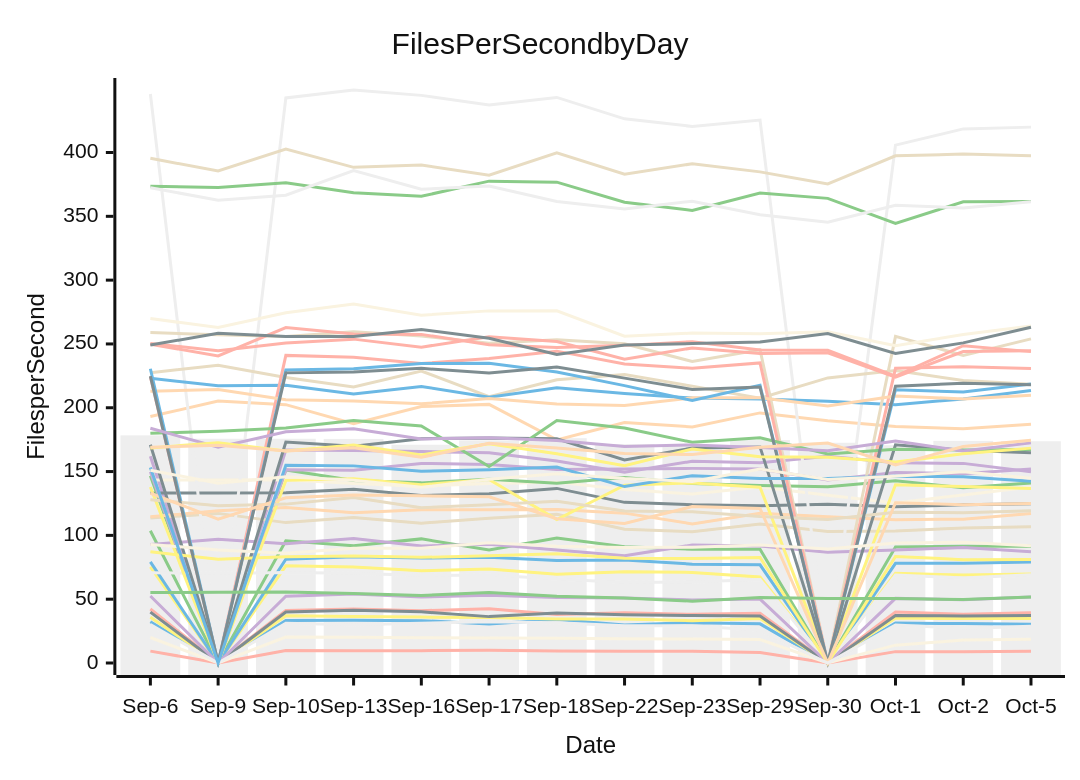
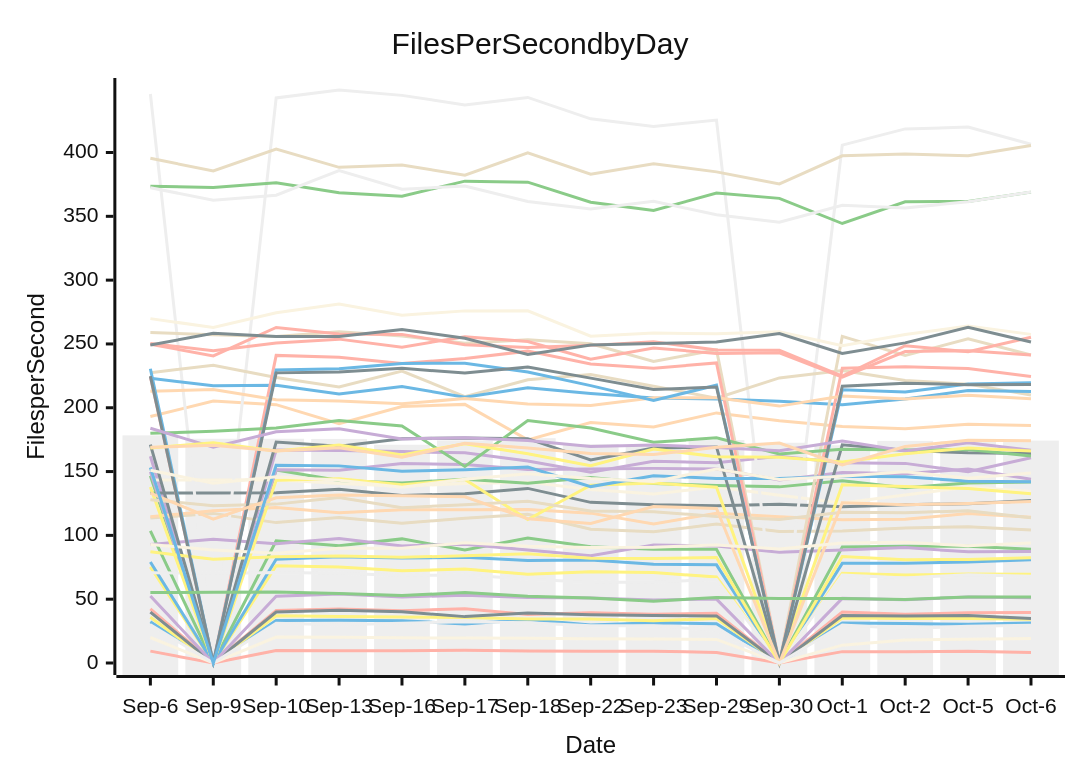
One commit to streetsidesoftware/cspell changed the diagram in perf-report.md. Above: the diagram before and after it, drawn with Mermaid (neutral theme). The commit also changed other lines of this file and 1 other file, not shown here.

````diff
--- a/perf-report.md
+++ b/perf-report.md
@@ -10,56 +10,56 @@
 ```mermaid
 xychart-beta
     title Files Per Second by Day
     y-axis Files per Second
-    x-axis Date [Sep-6, Sep-9, Sep-10, Sep-13, Sep-16, Sep-17, Sep-18, Sep-22, Sep-23, Sep-29, Sep-30, Oct-1, Oct-2, Oct-5]
-    bar [178.38, 175.73, 175.70, 175.56, 170.99, 174.42, 176.15, 171.49, 170.60, 174.68, 172.58, 170.62, 174.06, 173.76]
-    line [32.39, 0.00, 33.27, 33.48, 33.18, 30.65, 34.02, 29.87, 31.63, 30.68, 0.00, 31.32, 30.89, 30.33]
-    line [103.61, 0.00, 95.82, 91.96, 97.25, 88.47, 97.89, 91.06, 89.08, 89.06, 0.00, 90.96, 91.55, 91.45]
-    line [162.00, 0.00, 166.81, 166.56, 165.69, 164.68, 158.25, 149.51, 158.09, 156.96, 161.98, 156.93, 156.41, 149.87]
-    line [113.59, 117.23, 110.00, 114.04, 109.51, 113.51, 116.46, 104.81, 102.79, 108.89, 103.13, 103.52, 105.79, 106.73]
-    line [42.33, 0.00, 41.15, 42.24, 41.01, 42.53, 38.05, 39.43, 38.14, 38.94, 0.00, 39.96, 38.12, 39.36]
-    line [75.33, 0.00, 76.18, 75.30, 72.34, 73.59, 69.54, 71.59, 70.97, 67.35, 0.00, 70.29, 68.90, 69.72]
-    line [133.16, 133.12, 133.37, 136.08, 131.30, 132.64, 136.81, 125.88, 123.97, 123.26, 124.35, 122.36, 124.05, 124.82]
-    line [193.18, 205.21, 202.42, 187.59, 200.94, 202.64, 174.86, 188.42, 184.98, 195.97, 189.74, 185.35, 183.52, 187.14]
-    line [143.33, 143.38, 143.55, 140.59, 138.57, 140.62, 141.72, 135.93, 132.42, 137.90, 131.39, 125.40, 131.62, 137.96]
-    line [445.82, 0.00, 442.79, 448.98, 444.77, 437.29, 443.15, 426.39, 420.42, 425.42, 0.00, 405.76, 418.50, 419.89]
-    line [79.19, 0.00, 81.30, 83.34, 82.19, 82.78, 80.29, 80.65, 77.47, 76.93, 0.00, 78.07, 78.18, 79.10]
-    line [146.70, 0.00, 151.25, 142.95, 141.14, 143.95, 140.92, 145.29, 140.59, 139.11, 138.01, 142.88, 137.23, 141.05]
-    line [149.88, 0.00, 151.49, 151.06, 156.36, 155.63, 151.63, 151.94, 152.50, 152.06, 143.32, 149.19, 148.32, 152.02]
-    line [227.50, 233.38, 223.69, 216.25, 228.77, 208.66, 221.89, 226.09, 216.90, 207.46, 223.39, 229.16, 221.30, 218.51]
-    line [9.30, 0.00, 9.85, 9.67, 9.68, 9.92, 9.37, 9.23, 9.26, 8.29, 0.00, 8.90, 8.75, 9.30]
-    line [35.85, 0.00, 37.06, 36.42, 35.98, 35.70, 34.54, 34.55, 33.11, 34.81, 0.00, 35.17, 34.81, 34.91]
-    line [39.85, 0.00, 39.94, 41.26, 40.08, 36.34, 39.18, 37.74, 37.18, 36.89, 0.00, 37.27, 36.89, 37.25]
-    line [114.54, 119.33, 121.78, 117.69, 120.09, 120.05, 120.31, 117.43, 109.01, 117.33, 114.51, 112.29, 112.71, 117.07]
-    line [19.98, 0.00, 20.38, 20.10, 19.75, 19.58, 19.44, 18.99, 18.71, 18.44, 0.00, 13.99, 17.93, 18.69]
-    line [70.80, 70.10, 70.83, 70.27, 68.51, 69.01, 65.91, 63.15, 63.41, 65.35, 0.00, 69.02, 66.69, 69.13]
-    line [223.08, 217.30, 217.60, 210.80, 216.66, 208.33, 215.69, 211.15, 207.60, 206.93, 205.06, 202.44, 206.85, 213.52]
-    line [373.63, 372.65, 376.36, 368.52, 365.71, 377.56, 376.77, 361.09, 354.59, 368.19, 364.07, 344.36, 361.41, 361.68]
-    line [92.85, 96.99, 93.46, 97.52, 91.70, 93.14, 88.50, 84.12, 92.41, 91.76, 86.84, 88.64, 90.41, 87.11]
-    line [258.89, 257.30, 255.86, 259.52, 256.30, 250.62, 253.31, 250.10, 236.21, 245.48, 0.00, 255.93, 241.02, 253.94]
-    line [224.39, 0.00, 241.04, 239.64, 234.60, 238.64, 244.36, 234.31, 230.98, 235.16, 0.00, 230.90, 232.18, 230.80]
-    line [137.86, 0.00, 143.10, 144.41, 139.70, 143.74, 112.39, 139.33, 141.10, 137.72, 0.00, 139.61, 138.23, 136.68]
-    line [171.06, 0.00, 173.10, 169.76, 175.73, 176.36, 175.75, 159.14, 168.41, 169.31, 0.00, 170.99, 166.63, 164.65]
-    line [213.00, 214.26, 206.28, 205.22, 203.09, 207.23, 202.88, 201.82, 207.79, 207.90, 201.29, 209.19, 206.95, 209.81]
-    line [269.85, 262.88, 274.40, 281.31, 272.54, 275.91, 275.97, 256.03, 258.54, 258.01, 259.58, 248.67, 257.34, 264.03]
-    line [372.46, 362.58, 366.57, 385.92, 371.23, 373.66, 361.57, 355.78, 361.81, 351.17, 345.43, 358.65, 356.52, 361.50]
-    line [230.54, 0.00, 229.61, 230.62, 234.72, 234.92, 228.04, 217.32, 205.66, 217.69, 0.00, 214.10, 212.26, 218.65]
-    line [179.93, 181.55, 184.12, 189.95, 185.74, 153.97, 189.99, 184.11, 172.95, 176.46, 163.78, 167.39, 166.94, 167.31]
-    line [52.52, 0.00, 52.32, 54.12, 51.77, 53.09, 51.40, 50.85, 49.44, 50.07, 0.00, 50.63, 49.63, 51.74]
-    line [127.89, 123.29, 124.49, 129.64, 121.66, 124.08, 126.72, 119.08, 118.45, 114.87, 112.49, 118.05, 117.81, 119.24]
-    line [249.77, 240.66, 262.89, 257.78, 257.49, 249.43, 247.25, 248.88, 251.75, 245.20, 245.06, 224.85, 248.59, 243.98]
-    line [87.14, 81.35, 83.34, 83.78, 82.79, 83.96, 85.57, 82.01, 81.81, 82.67, 0.00, 83.49, 80.99, 81.07]
-    line [224.81, 0.00, 227.34, 228.09, 230.87, 227.16, 231.88, 223.22, 214.31, 216.24, 0.00, 216.91, 219.11, 218.12]
-    line [133.03, 112.77, 129.44, 131.63, 130.97, 130.22, 113.06, 109.25, 122.56, 121.09, 0.00, 125.59, 123.97, 124.90]
-    line [92.88, 88.59, 86.05, 89.85, 89.86, 94.27, 91.54, 90.45, 90.71, 92.55, 89.39, 93.96, 94.53, 91.86]
-    line [30.04, 0.00, 31.22, 29.93, 31.17, 32.23, 31.60, 29.23, 29.18, 25.62, 0.00, 29.72, 27.11, 28.75]
-    line [153.19, 0.00, 155.03, 154.46, 150.27, 151.44, 153.53, 138.23, 146.78, 144.54, 144.66, 146.29, 145.95, 142.41]
-    line [55.22, 55.40, 55.63, 54.54, 52.86, 55.21, 52.35, 50.94, 48.45, 51.30, 50.59, 50.58, 49.72, 51.81]
-    line [183.91, 169.15, 181.18, 183.51, 175.60, 176.44, 174.39, 169.65, 170.91, 168.95, 166.28, 173.86, 166.13, 172.49]
-    line [395.48, 385.49, 402.68, 388.38, 390.24, 382.26, 399.81, 383.04, 391.20, 384.82, 375.34, 397.41, 398.74, 397.51]
-    line [250.38, 244.75, 250.69, 253.77, 247.48, 255.65, 251.83, 237.98, 246.89, 242.54, 243.09, 224.03, 244.08, 244.73]
-    line [168.54, 172.61, 166.17, 170.88, 163.08, 171.82, 163.97, 154.58, 167.67, 161.60, 161.14, 157.44, 164.03, 168.37]
-    line [249.11, 258.37, 255.88, 255.75, 261.30, 254.48, 241.79, 249.14, 250.28, 251.57, 258.18, 242.58, 250.83, 263.10]
-    line [168.98, 170.63, 166.15, 168.68, 161.23, 172.09, 168.48, 164.20, 163.31, 169.03, 172.29, 155.24, 169.60, 174.57]
-    line [151.08, 140.90, 145.94, 143.19, 137.67, 143.95, 148.30, 144.49, 142.14, 152.04, 143.84, 146.29, 149.93, 144.74]
+    x-axis Date [Sep-6, Sep-9, Sep-10, Sep-13, Sep-16, Sep-17, Sep-18, Sep-22, Sep-23, Sep-29, Sep-30, Oct-1, Oct-2, Oct-5, Oct-6]
+    bar [178.38, 175.73, 175.70, 175.56, 170.99, 174.42, 176.15, 171.49, 170.60, 174.68, 172.58, 170.62, 174.06, 173.76, 174.28]
+    line [32.39, 0.00, 33.27, 33.48, 33.18, 30.65, 34.02, 29.87, 31.63, 30.68, 0.00, 31.32, 30.89, 30.33, 31.39]
+    line [103.61, 0.00, 95.82, 91.96, 97.25, 88.47, 97.89, 91.06, 89.08, 89.06, 0.00, 90.96, 91.55, 91.45, 89.14]
+    line [162.00, 0.00, 166.81, 166.56, 165.69, 164.68, 158.25, 149.51, 158.09, 156.96, 161.98, 156.93, 156.41, 149.87, 160.88]
+    line [113.59, 117.23, 110.00, 114.04, 109.51, 113.51, 116.46, 104.81, 102.79, 108.89, 103.13, 103.52, 105.79, 106.73, 104.21]
+    line [42.33, 0.00, 41.15, 42.24, 41.01, 42.53, 38.05, 39.43, 38.14, 38.94, 0.00, 39.96, 38.12, 39.36, 39.65]
+    line [75.33, 0.00, 76.18, 75.30, 72.34, 73.59, 69.54, 71.59, 70.97, 67.35, 0.00, 70.29, 68.90, 69.72, 69.61]
+    line [133.16, 133.12, 133.37, 136.08, 131.30, 132.64, 136.81, 125.88, 123.97, 123.26, 124.35, 122.36, 124.05, 124.82, 127.27]
+    line [193.18, 205.21, 202.42, 187.59, 200.94, 202.64, 174.86, 188.42, 184.98, 195.97, 189.74, 185.35, 183.52, 187.14, 186.06]
+    line [143.33, 143.38, 143.55, 140.59, 138.57, 140.62, 141.72, 135.93, 132.42, 137.90, 131.39, 125.40, 131.62, 137.96, 134.38]
+    line [445.82, 0.00, 442.79, 448.98, 444.77, 437.29, 443.15, 426.39, 420.42, 425.42, 0.00, 405.76, 418.50, 419.89, 406.48]
+    line [79.19, 0.00, 81.30, 83.34, 82.19, 82.78, 80.29, 80.65, 77.47, 76.93, 0.00, 78.07, 78.18, 79.10, 80.99]
+    line [146.70, 0.00, 151.25, 142.95, 141.14, 143.95, 140.92, 145.29, 140.59, 139.11, 138.01, 142.88, 137.23, 141.05, 141.73]
+    line [149.88, 0.00, 151.49, 151.06, 156.36, 155.63, 151.63, 151.94, 152.50, 152.06, 143.32, 149.19, 148.32, 152.02, 143.99]
+    line [227.50, 233.38, 223.69, 216.25, 228.77, 208.66, 221.89, 226.09, 216.90, 207.46, 223.39, 229.16, 221.30, 218.51, 210.01]
+    line [9.30, 0.00, 9.85, 9.67, 9.68, 9.92, 9.37, 9.23, 9.26, 8.29, 0.00, 8.90, 8.75, 9.30, 8.28]
+    line [35.85, 0.00, 37.06, 36.42, 35.98, 35.70, 34.54, 34.55, 33.11, 34.81, 0.00, 35.17, 34.81, 34.91, 34.29]
+    line [39.85, 0.00, 39.94, 41.26, 40.08, 36.34, 39.18, 37.74, 37.18, 36.89, 0.00, 37.27, 36.89, 37.25, 34.92]
+    line [114.54, 119.33, 121.78, 117.69, 120.09, 120.05, 120.31, 117.43, 109.01, 117.33, 114.51, 112.29, 112.71, 117.07, 114.26]
+    line [19.98, 0.00, 20.38, 20.10, 19.75, 19.58, 19.44, 18.99, 18.71, 18.44, 0.00, 13.99, 17.93, 18.69, 19.26]
+    line [70.80, 70.10, 70.83, 70.27, 68.51, 69.01, 65.91, 63.15, 63.41, 65.35, 0.00, 69.02, 66.69, 69.13, 67.93]
+    line [223.08, 217.30, 217.60, 210.80, 216.66, 208.33, 215.69, 211.15, 207.60, 206.93, 205.06, 202.44, 206.85, 213.52, 212.72]
+    line [373.63, 372.65, 376.36, 368.52, 365.71, 377.56, 376.77, 361.09, 354.59, 368.19, 364.07, 344.36, 361.41, 361.68, 368.96]
+    line [92.85, 96.99, 93.46, 97.52, 91.70, 93.14, 88.50, 84.12, 92.41, 91.76, 86.84, 88.64, 90.41, 87.11, 87.46]
+    line [258.89, 257.30, 255.86, 259.52, 256.30, 250.62, 253.31, 250.10, 236.21, 245.48, 0.00, 255.93, 241.02, 253.94, 241.28]
+    line [224.39, 0.00, 241.04, 239.64, 234.60, 238.64, 244.36, 234.31, 230.98, 235.16, 0.00, 230.90, 232.18, 230.80, 224.41]
+    line [137.86, 0.00, 143.10, 144.41, 139.70, 143.74, 112.39, 139.33, 141.10, 137.72, 0.00, 139.61, 138.23, 136.68, 132.53]
+    line [171.06, 0.00, 173.10, 169.76, 175.73, 176.36, 175.75, 159.14, 168.41, 169.31, 0.00, 170.99, 166.63, 164.65, 164.11]
+    line [213.00, 214.26, 206.28, 205.22, 203.09, 207.23, 202.88, 201.82, 207.79, 207.90, 201.29, 209.19, 206.95, 209.81, 207.15]
+    line [269.85, 262.88, 274.40, 281.31, 272.54, 275.91, 275.97, 256.03, 258.54, 258.01, 259.58, 248.67, 257.34, 264.03, 257.49]
+    line [372.46, 362.58, 366.57, 385.92, 371.23, 373.66, 361.57, 355.78, 361.81, 351.17, 345.43, 358.65, 356.52, 361.50, 369.06]
+    line [230.54, 0.00, 229.61, 230.62, 234.72, 234.92, 228.04, 217.32, 205.66, 217.69, 0.00, 214.10, 212.26, 218.65, 219.66]
+    line [179.93, 181.55, 184.12, 189.95, 185.74, 153.97, 189.99, 184.11, 172.95, 176.46, 163.78, 167.39, 166.94, 167.31, 162.25]
+    line [52.52, 0.00, 52.32, 54.12, 51.77, 53.09, 51.40, 50.85, 49.44, 50.07, 0.00, 50.63, 49.63, 51.74, 51.18]
+    line [127.89, 123.29, 124.49, 129.64, 121.66, 124.08, 126.72, 119.08, 118.45, 114.87, 112.49, 118.05, 117.81, 119.24, 113.75]
+    line [249.77, 240.66, 262.89, 257.78, 257.49, 249.43, 247.25, 248.88, 251.75, 245.20, 245.06, 224.85, 248.59, 243.98, 255.25]
+    line [87.14, 81.35, 83.34, 83.78, 82.79, 83.96, 85.57, 82.01, 81.81, 82.67, 0.00, 83.49, 80.99, 81.07, 82.40]
+    line [224.81, 0.00, 227.34, 228.09, 230.87, 227.16, 231.88, 223.22, 214.31, 216.24, 0.00, 216.91, 219.11, 218.12, 218.13]
+    line [133.03, 112.77, 129.44, 131.63, 130.97, 130.22, 113.06, 109.25, 122.56, 121.09, 0.00, 125.59, 123.97, 124.90, 126.53]
+    line [92.88, 88.59, 86.05, 89.85, 89.86, 94.27, 91.54, 90.45, 90.71, 92.55, 89.39, 93.96, 94.53, 91.86, 94.03]
+    line [30.04, 0.00, 31.22, 29.93, 31.17, 32.23, 31.60, 29.23, 29.18, 25.62, 0.00, 29.72, 27.11, 28.75, 29.54]
+    line [153.19, 0.00, 155.03, 154.46, 150.27, 151.44, 153.53, 138.23, 146.78, 144.54, 144.66, 146.29, 145.95, 142.41, 142.10]
+    line [55.22, 55.40, 55.63, 54.54, 52.86, 55.21, 52.35, 50.94, 48.45, 51.30, 50.59, 50.58, 49.72, 51.81, 51.74]
+    line [183.91, 169.15, 181.18, 183.51, 175.60, 176.44, 174.39, 169.65, 170.91, 168.95, 166.28, 173.86, 166.13, 172.49, 166.67]
+    line [395.48, 385.49, 402.68, 388.38, 390.24, 382.26, 399.81, 383.04, 391.20, 384.82, 375.34, 397.41, 398.74, 397.51, 405.45]
+    line [250.38, 244.75, 250.69, 253.77, 247.48, 255.65, 251.83, 237.98, 246.89, 242.54, 243.09, 224.03, 244.08, 244.73, 241.42]
+    line [168.54, 172.61, 166.17, 170.88, 163.08, 171.82, 163.97, 154.58, 167.67, 161.60, 161.14, 157.44, 164.03, 168.37, 166.07]
+    line [249.11, 258.37, 255.88, 255.75, 261.30, 254.48, 241.79, 249.14, 250.28, 251.57, 258.18, 242.58, 250.83, 263.10, 251.51]
+    line [168.98, 170.63, 166.15, 168.68, 161.23, 172.09, 168.48, 164.20, 163.31, 169.03, 172.29, 155.24, 169.60, 174.57, 174.16]
+    line [151.08, 140.90, 145.94, 143.19, 137.67, 143.95, 148.30, 144.49, 142.14, 152.04, 143.84, 146.29, 149.93, 144.74, 148.93]
 ```
````
